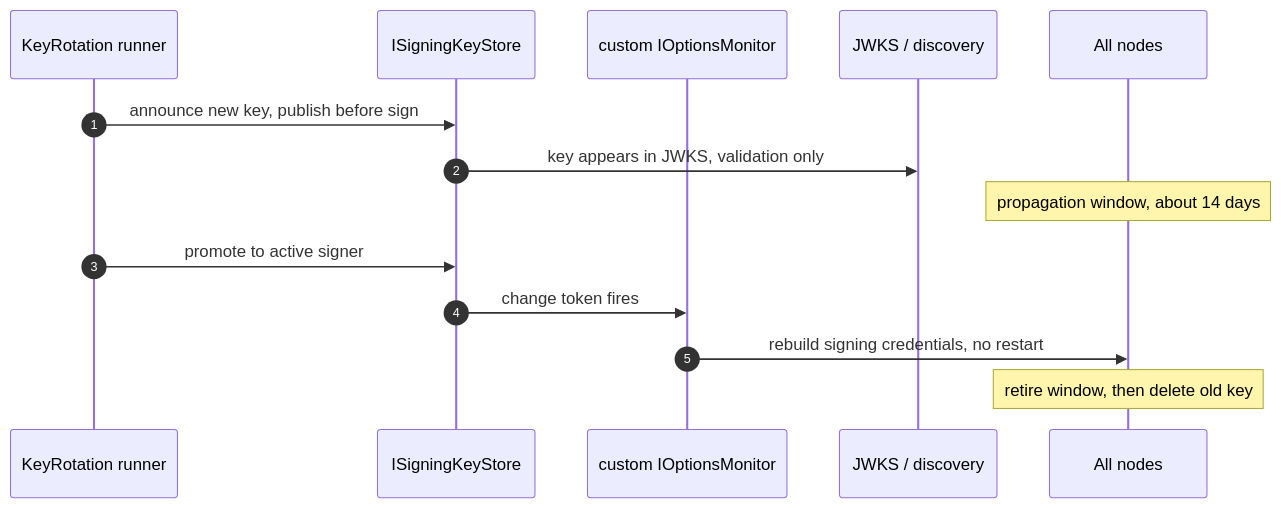
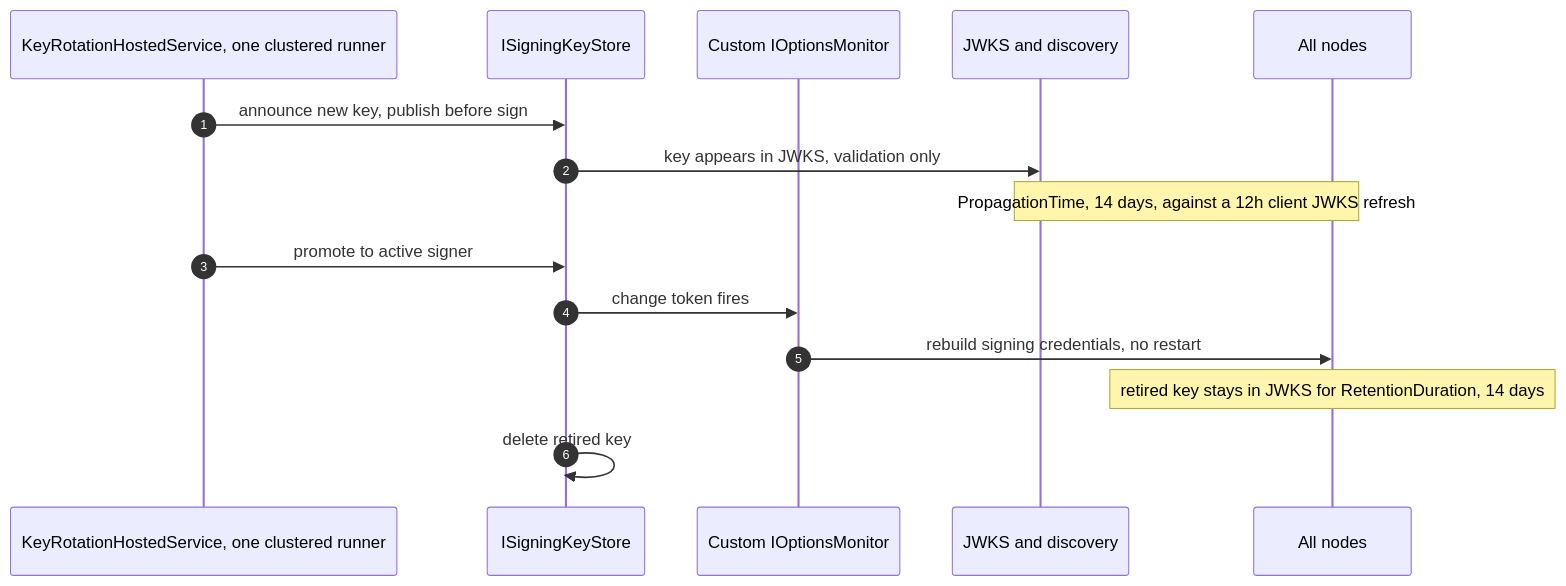
Before and after one commit to namphuongtran/nami: the third of 16 diagrams in docs/architecture/06-runtime-views.md, drawn with Mermaid. The commit also changed other lines of this file and 2 other files, not shown here.

````diff
--- a/docs/architecture/06-runtime-views.md
+++ b/docs/architecture/06-runtime-views.md
@@ -70,16 +127,17 @@
 ```mermaid
 sequenceDiagram
   autonumber
-  participant Q as KeyRotation runner
+  participant Q as KeyRotationHostedService, one clustered runner
   participant KS as ISigningKeyStore
-  participant OM as custom IOptionsMonitor
-  participant JWKS as JWKS / discovery
+  participant OM as Custom IOptionsMonitor
+  participant JWKS as JWKS and discovery
   participant N as All nodes
   Q->>KS: announce new key, publish before sign
   KS->>JWKS: key appears in JWKS, validation only
-  Note over N: propagation window, about 14 days
+  Note over JWKS,N: PropagationTime, 14 days, against a 12h client JWKS refresh
   Q->>KS: promote to active signer
   KS->>OM: change token fires
   OM->>N: rebuild signing credentials, no restart
-  Note over N: retire window, then delete old key
+  Note over N: retired key stays in JWKS for RetentionDuration, 14 days
+  KS->>KS: delete retired key
 ```
````
